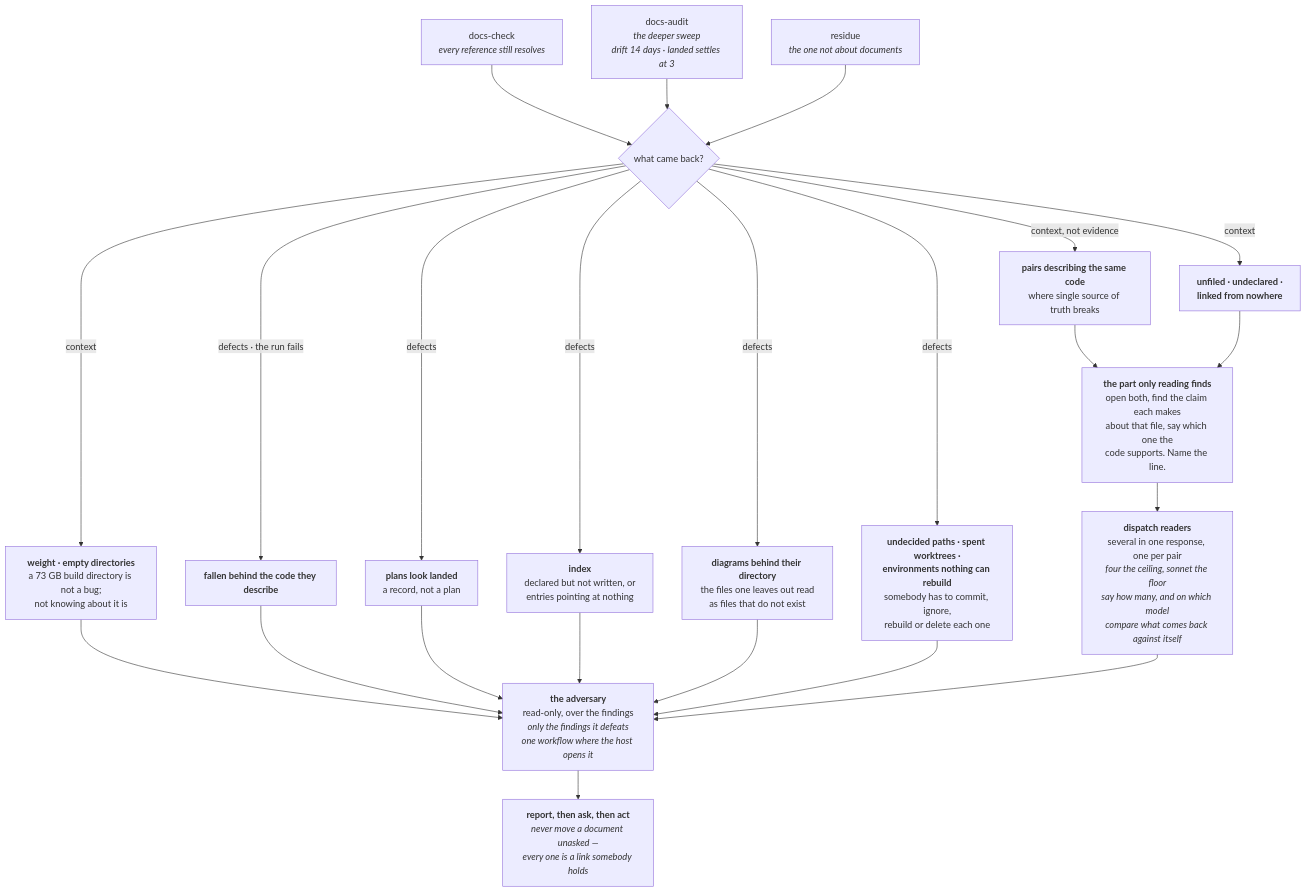
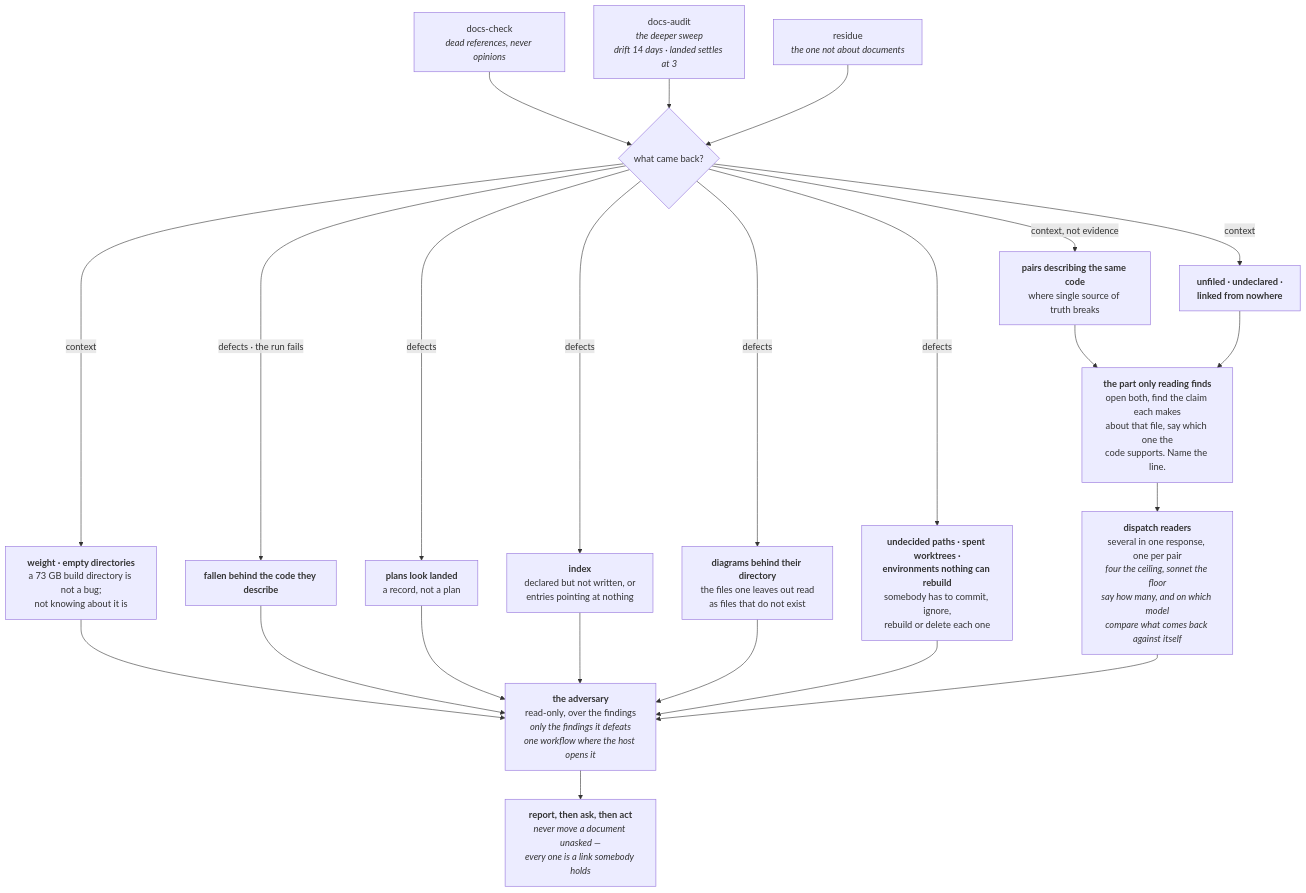
Before and after one commit to FanFantom9452/FanKeel: the seventh of 8 diagrams in docs/pipeline.md, drawn with Mermaid. The commit also changed other lines of this file and 1 other file, not shown here.

Commit message:
docs(pipeline): each stage diagram quotes one line of its rule
- docs/pipeline.md: verify's adversary node regains "where the host opens it, the chain is one workflow"; audit's docs-check node says "dead references, never opinions" instead of paraphrasing it, which had dropped the half that separates the scanner from a person's judgement
- tests/pipeline-doc.test.js: one anchor phrase per stage, asserted both against that stage's rules in lib/stages.js and against its own section of the diagram

````diff
--- a/docs/pipeline.md
+++ b/docs/pipeline.md
@@ -605,42 +605,42 @@
 ```mermaid
 flowchart TD
-    A["docs-check<br/><i>every reference still resolves</i>"]
+    A["docs-check<br/><i>dead references, never opinions</i>"]
     B["docs-audit<br/><i>the deeper sweep<br/>drift 14 days · landed settles at 3</i>"]
     A2["residue<br/><i>the one not about documents</i>"]
     C{"what came back?"}
     D1["<b>fallen behind the code they describe</b>"]
     D2["<b>plans look landed</b><br/>a record, not a plan"]
     D3["<b>index</b><br/>declared but not written, or<br/>entries pointing at nothing"]
     D4["<b>diagrams behind their directory</b><br/>the files one leaves out read<br/>as files that do not exist"]
     D5["<b>undecided paths · spent worktrees ·<br/>environments nothing can rebuild</b><br/>somebody has to commit, ignore,<br/>rebuild or delete each one"]
     E1["<b>pairs describing the same code</b><br/>where single source of truth breaks"]
     E2["<b>unfiled · undeclared ·<br/>linked from nowhere</b>"]
     E3["<b>weight · empty directories</b><br/>a 73 GB build directory is not a bug;<br/>not knowing about it is"]
     F["<b>the part only reading finds</b><br/>open both, find the claim each makes<br/>about that file, say which one the<br/>code supports. Name the line."]
     F1["<b>dispatch readers</b><br/>several in one response, one per pair<br/><i>four the ceiling, sonnet the floor</i><br/><i>say how many, and on which model</i><br/><i>compare what comes back against itself</i>"]
     F2["<b>the adversary</b><br/>read-only, over the findings<br/><i>only the findings it defeats</i><br/><i>one workflow where the host opens it</i>"]
     G["<b>report, then ask, then act</b><br/><i>never move a document unasked —<br/>every one is a link somebody holds</i>"]
 
     A --> C
     B --> C
     A2 --> C
     C -- "defects · the run fails" --> D1
     C -- "defects" --> D2
     C -- "defects" --> D3
     C -- "defects" --> D4
     C -- "defects" --> D5
     C -- "context, not evidence" --> E1
     C -- "context" --> E2
     C -- "context" --> E3
     E1 --> F
     E2 --> F
     E3 --> F2
     D1 --> F2
     D2 --> F2
     D3 --> F2
     D4 --> F2
     D5 --> F2
     F --> F1
     F1 --> F2
     F2 --> G
 ```
````
